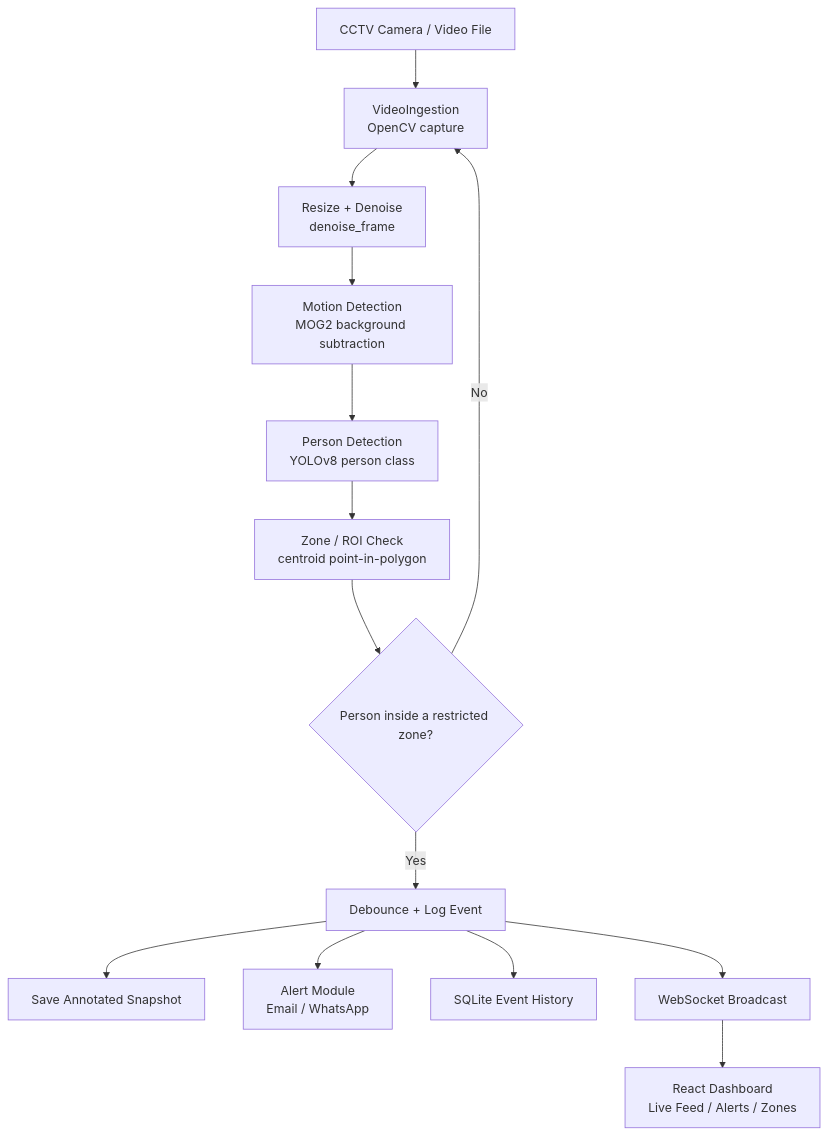
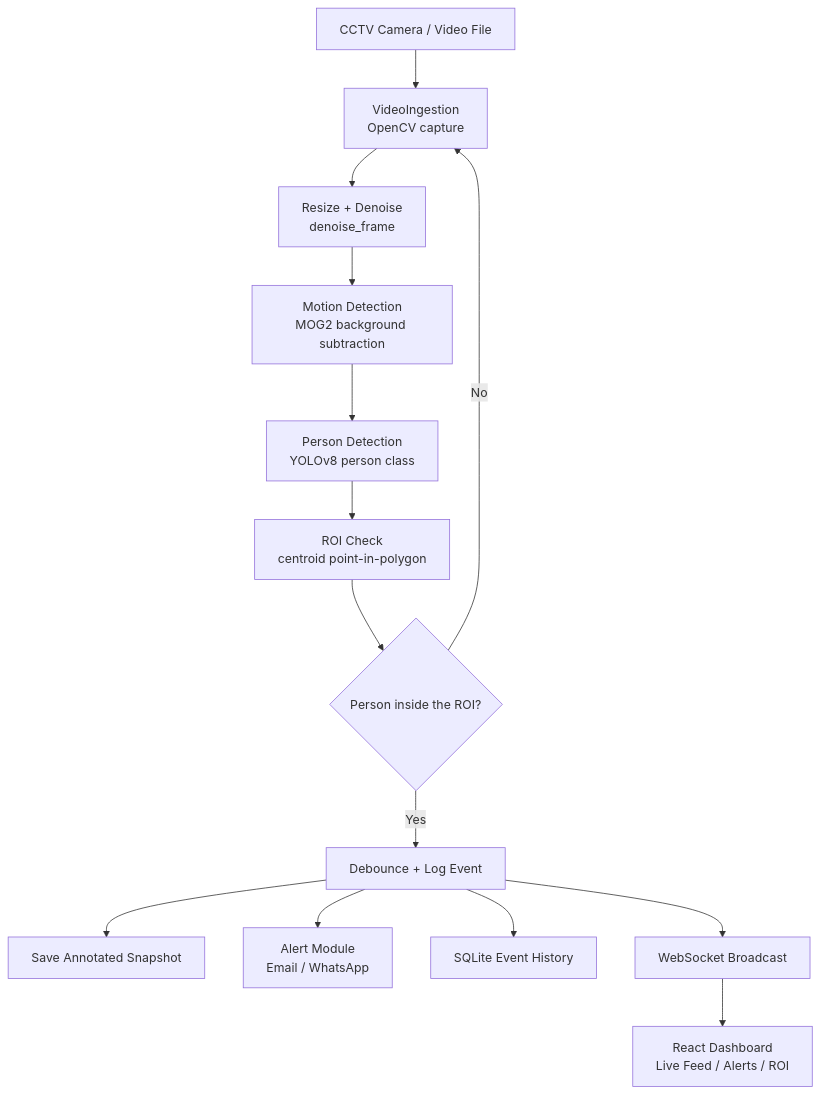
One commit to Faizanfarhad/CCTV_Camera_Based_Intrusion_Detection changed the first of 2 diagrams in README.md. Above: the diagram before and after it, drawn with Mermaid. The commit also changed other lines of this file and 5 other files, not shown here.

````diff
--- a/README.md
+++ b/README.md
@@ -58,16 +58,16 @@
 ```mermaid
 flowchart TD
     A["CCTV Camera / Video File"] --> B["VideoIngestion<br/>OpenCV capture"]
     B --> C["Resize + Denoise<br/>denoise_frame"]
     C --> D["Motion Detection<br/>MOG2 background subtraction"]
     D --> E["Person Detection<br/>YOLOv8 person class"]
-    E --> F["Zone / ROI Check<br/>centroid point-in-polygon"]
-    F --> G{"Person inside a restricted zone?"}
+    E --> F["ROI Check<br/>centroid point-in-polygon"]
+    F --> G{"Person inside the ROI?"}
     G -- "No" --> B
     G -- "Yes" --> H["Debounce + Log Event"]
     H --> I["Save Annotated Snapshot"]
     H --> J["Alert Module<br/>Email / WhatsApp"]
     H --> K["SQLite Event History"]
     H --> L["WebSocket Broadcast"]
-    L --> M["React Dashboard<br/>Live Feed / Alerts / Zones"]
+    L --> M["React Dashboard<br/>Live Feed / Alerts / ROI"]
 ```
````
